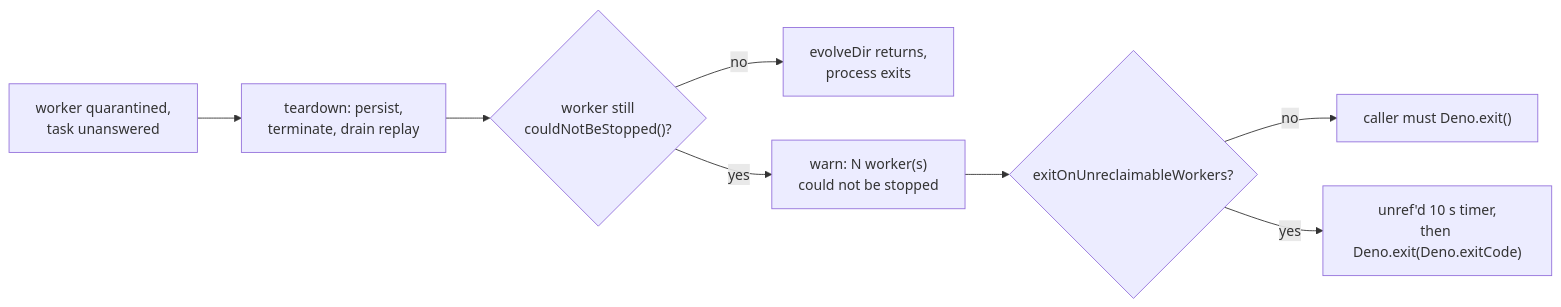
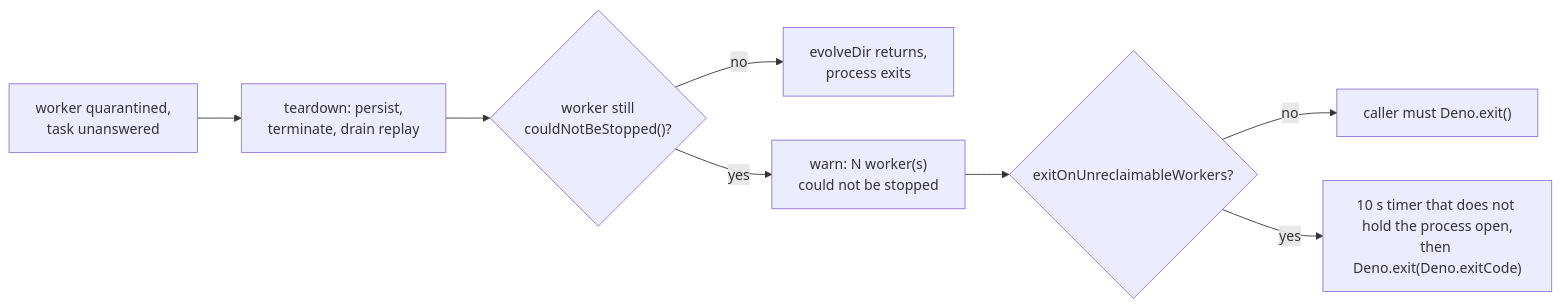
The diagram in docs/archive/pr-summaries/pr-summary-4126.md (stSoftwareAU/NEAT-AI), drawn with Mermaid before and after one commit. The commit also changed other lines of this file, not shown here.

````diff
--- a/docs/archive/pr-summaries/pr-summary-4126.md
+++ b/docs/archive/pr-summaries/pr-summary-4126.md
@@ -15,10 +15,10 @@
 ```mermaid
 flowchart LR
     Q["worker quarantined,<br/>task unanswered"] --> T["teardown: persist,<br/>terminate, drain replay"]
     T --> C{"worker still<br/>couldNotBeStopped()?"}
     C -- no --> R["evolveDir returns,<br/>process exits"]
     C -- yes --> W["warn: N worker(s)<br/>could not be stopped"]
     W --> O{"exitOnUnreclaimableWorkers?"}
     O -- no --> H["caller must Deno.exit()"]
-    O -- yes --> G["unref'd 10 s timer,<br/>then Deno.exit(Deno.exitCode)"]
+    O -- yes --> G["10 s timer that does not hold the process open,<br/>then Deno.exit(Deno.exitCode)"]
 ```
````
